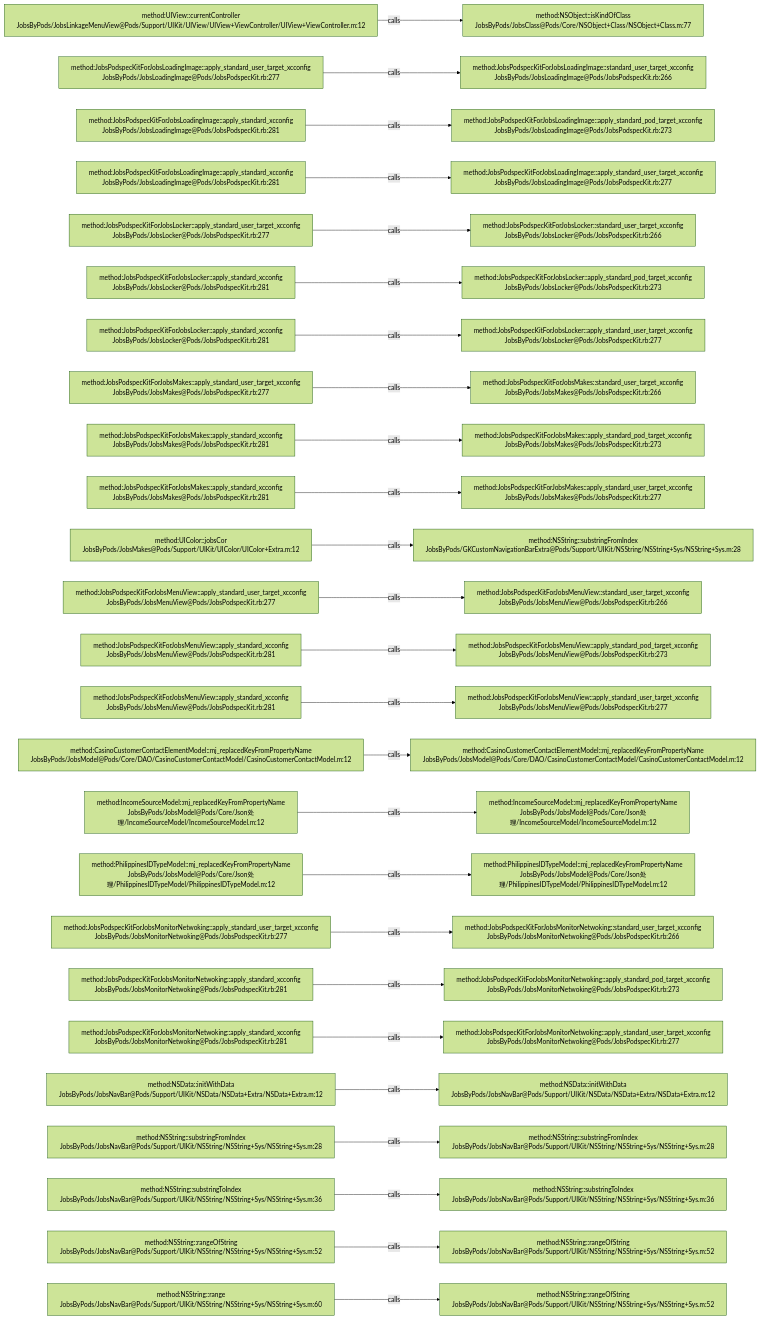
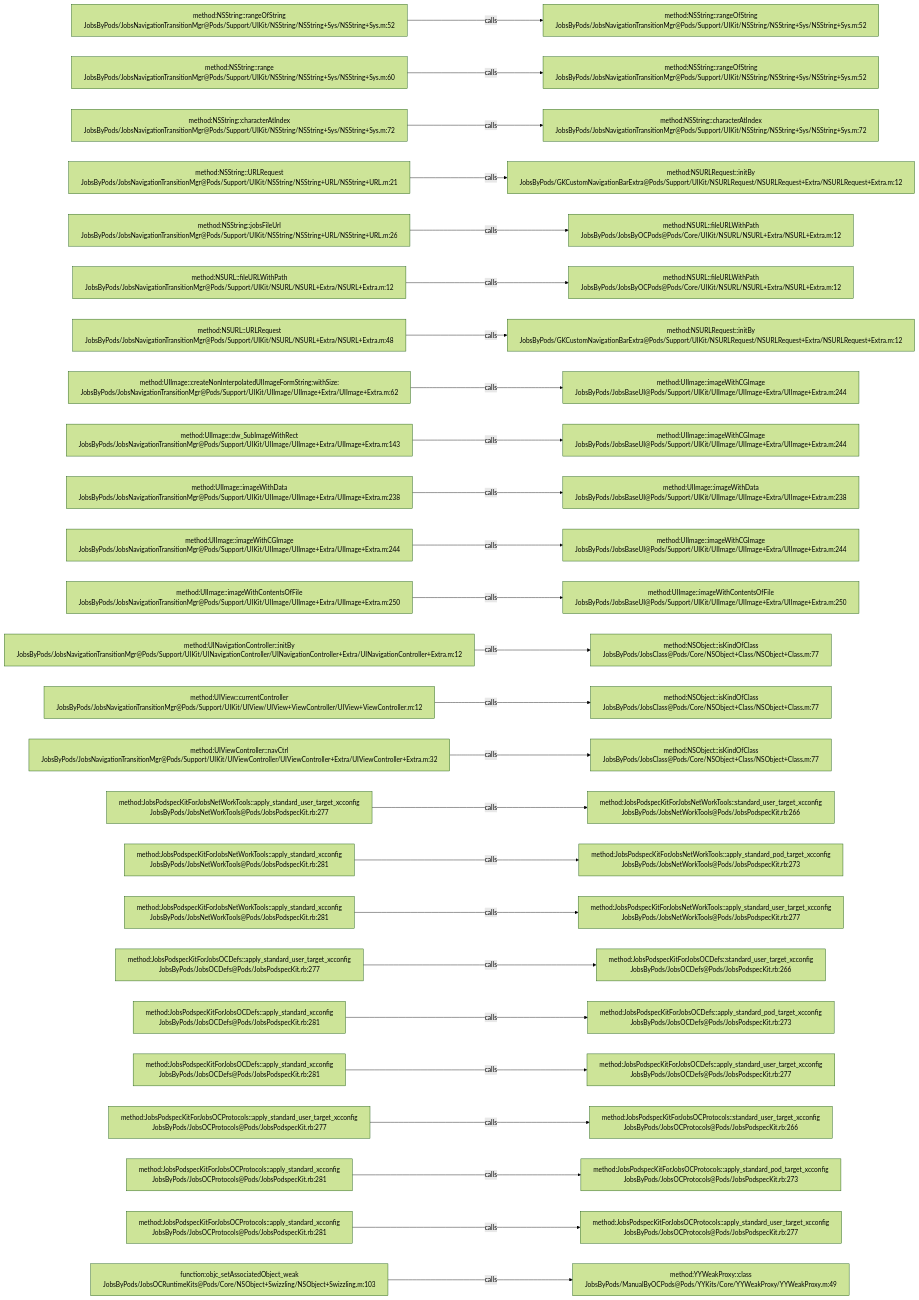
The diagram in .codegraph/codegraph.md/graphs/calls-011.md (JobsKits/JobsOCBaseConfigDemo), drawn with Mermaid (forest theme) before and after one commit. The commit also changed 1353 other files, not shown here.

````diff
--- a/.codegraph/codegraph.md/graphs/calls-011.md
+++ b/.codegraph/codegraph.md/graphs/calls-011.md
@@ -13,78 +13,78 @@
 ```mermaid
 flowchart LR
-  S1["method:UIView::currentController<br/>JobsByPods/JobsLinkageMenuView@Pods/Support/UIKit/UIView/UIView+ViewController/UIView+ViewController.m:12"]
-  T1["method:NSObject::isKindOfClass<br/>JobsByPods/JobsClass@Pods/Core/NSObject+Class/NSObject+Class.m:77"]
+  S1["method:NSString::rangeOfString<br/>JobsByPods/JobsNavigationTransitionMgr@Pods/Support/UIKit/NSString/NSString+Sys/NSString+Sys.m:52"]
+  T1["method:NSString::rangeOfString<br/>JobsByPods/JobsNavigationTransitionMgr@Pods/Support/UIKit/NSString/NSString+Sys/NSString+Sys.m:52"]
   S1 -->|calls| T1
-  S2["method:JobsPodspecKitForJobsLoadingImage::apply_standard_user_target_xcconfig<br/>JobsByPods/JobsLoadingImage@Pods/JobsPodspecKit.rb:277"]
-  T2["method:JobsPodspecKitForJobsLoadingImage::standard_user_target_xcconfig<br/>JobsByPods/JobsLoadingImage@Pods/JobsPodspecKit.rb:266"]
+  S2["method:NSString::range<br/>JobsByPods/JobsNavigationTransitionMgr@Pods/Support/UIKit/NSString/NSString+Sys/NSString+Sys.m:60"]
+  T2["method:NSString::rangeOfString<br/>JobsByPods/JobsNavigationTransitionMgr@Pods/Support/UIKit/NSString/NSString+Sys/NSString+Sys.m:52"]
   S2 -->|calls| T2
-  S3["method:JobsPodspecKitForJobsLoadingImage::apply_standard_xcconfig<br/>JobsByPods/JobsLoadingImage@Pods/JobsPodspecKit.rb:281"]
-  T3["method:JobsPodspecKitForJobsLoadingImage::apply_standard_pod_target_xcconfig<br/>JobsByPods/JobsLoadingImage@Pods/JobsPodspecKit.rb:273"]
+  S3["method:NSString::characterAtIndex<br/>JobsByPods/JobsNavigationTransitionMgr@Pods/Support/UIKit/NSString/NSString+Sys/NSString+Sys.m:72"]
+  T3["method:NSString::characterAtIndex<br/>JobsByPods/JobsNavigationTransitionMgr@Pods/Support/UIKit/NSString/NSString+Sys/NSString+Sys.m:72"]
   S3 -->|calls| T3
-  S4["method:JobsPodspecKitForJobsLoadingImage::apply_standard_xcconfig<br/>JobsByPods/JobsLoadingImage@Pods/JobsPodspecKit.rb:281"]
-  T4["method:JobsPodspecKitForJobsLoadingImage::apply_standard_user_target_xcconfig<br/>JobsByPods/JobsLoadingImage@Pods/JobsPodspecKit.rb:277"]
+  S4["method:NSString::URLRequest<br/>JobsByPods/JobsNavigationTransitionMgr@Pods/Support/UIKit/NSString/NSString+URL/NSString+URL.m:21"]
+  T4["method:NSURLRequest::initBy<br/>JobsByPods/GKCustomNavigationBarExtra@Pods/Support/UIKit/NSURLRequest/NSURLRequest+Extra/NSURLRequest+Extra.m:12"]
   S4 -->|calls| T4
-  S5["method:JobsPodspecKitForJobsLocker::apply_standard_user_target_xcconfig<br/>JobsByPods/JobsLocker@Pods/JobsPodspecKit.rb:277"]
-  T5["method:JobsPodspecKitForJobsLocker::standard_user_target_xcconfig<br/>JobsByPods/JobsLocker@Pods/JobsPodspecKit.rb:266"]
+  S5["method:NSString::jobsFileUrl<br/>JobsByPods/JobsNavigationTransitionMgr@Pods/Support/UIKit/NSString/NSString+URL/NSString+URL.m:26"]
+  T5["method:NSURL::fileURLWithPath<br/>JobsByPods/JobsByOCPods@Pods/Core/UIKit/NSURL/NSURL+Extra/NSURL+Extra.m:12"]
   S5 -->|calls| T5
-  S6["method:JobsPodspecKitForJobsLocker::apply_standard_xcconfig<br/>JobsByPods/JobsLocker@Pods/JobsPodspecKit.rb:281"]
-  T6["method:JobsPodspecKitForJobsLocker::apply_standard_pod_target_xcconfig<br/>JobsByPods/JobsLocker@Pods/JobsPodspecKit.rb:273"]
+  S6["method:NSURL::fileURLWithPath<br/>JobsByPods/JobsNavigationTransitionMgr@Pods/Support/UIKit/NSURL/NSURL+Extra/NSURL+Extra.m:12"]
+  T6["method:NSURL::fileURLWithPath<br/>JobsByPods/JobsByOCPods@Pods/Core/UIKit/NSURL/NSURL+Extra/NSURL+Extra.m:12"]
   S6 -->|calls| T6
-  S7["method:JobsPodspecKitForJobsLocker::apply_standard_xcconfig<br/>JobsByPods/JobsLocker@Pods/JobsPodspecKit.rb:281"]
-  T7["method:JobsPodspecKitForJobsLocker::apply_standard_user_target_xcconfig<br/>JobsByPods/JobsLocker@Pods/JobsPodspecKit.rb:277"]
+  S7["method:NSURL::URLRequest<br/>JobsByPods/JobsNavigationTransitionMgr@Pods/Support/UIKit/NSURL/NSURL+Extra/NSURL+Extra.m:48"]
+  T7["method:NSURLRequest::initBy<br/>JobsByPods/GKCustomNavigationBarExtra@Pods/Support/UIKit/NSURLRequest/NSURLRequest+Extra/NSURLRequest+Extra.m:12"]
   S7 -->|calls| T7
-  S8["method:JobsPodspecKitForJobsMakes::apply_standard_user_target_xcconfig<br/>JobsByPods/JobsMakes@Pods/JobsPodspecKit.rb:277"]
-  T8["method:JobsPodspecKitForJobsMakes::standard_user_target_xcconfig<br/>JobsByPods/JobsMakes@Pods/JobsPodspecKit.rb:266"]
+  S8["method:UIImage::createNonInterpolatedUIImageFormString:withSize:<br/>JobsByPods/JobsNavigationTransitionMgr@Pods/Support/UIKit/UIImage/UIImage+Extra/UIImage+Extra.m:62"]
+  T8["method:UIImage::imageWithCGImage<br/>JobsByPods/JobsBaseUI@Pods/Support/UIKit/UIImage/UIImage+Extra/UIImage+Extra.m:244"]
   S8 -->|calls| T8
-  S9["method:JobsPodspecKitForJobsMakes::apply_standard_xcconfig<br/>JobsByPods/JobsMakes@Pods/JobsPodspecKit.rb:281"]
-  T9["method:JobsPodspecKitForJobsMakes::apply_standard_pod_target_xcconfig<br/>JobsByPods/JobsMakes@Pods/JobsPodspecKit.rb:273"]
+  S9["method:UIImage::dw_SubImageWithRect<br/>JobsByPods/JobsNavigationTransitionMgr@Pods/Support/UIKit/UIImage/UIImage+Extra/UIImage+Extra.m:143"]
+  T9["method:UIImage::imageWithCGImage<br/>JobsByPods/JobsBaseUI@Pods/Support/UIKit/UIImage/UIImage+Extra/UIImage+Extra.m:244"]
   S9 -->|calls| T9
-  S10["method:JobsPodspecKitForJobsMakes::apply_standard_xcconfig<br/>JobsByPods/JobsMakes@Pods/JobsPodspecKit.rb:281"]
-  T10["method:JobsPodspecKitForJobsMakes::apply_standard_user_target_xcconfig<br/>JobsByPods/JobsMakes@Pods/JobsPodspecKit.rb:277"]
+  S10["method:UIImage::imageWithData<br/>JobsByPods/JobsNavigationTransitionMgr@Pods/Support/UIKit/UIImage/UIImage+Extra/UIImage+Extra.m:238"]
+  T10["method:UIImage::imageWithData<br/>JobsByPods/JobsBaseUI@Pods/Support/UIKit/UIImage/UIImage+Extra/UIImage+Extra.m:238"]
   S10 -->|calls| T10
-  S11["method:UIColor::jobsCor<br/>JobsByPods/JobsMakes@Pods/Support/UIKit/UIColor/UIColor+Extra.m:12"]
-  T11["method:NSString::substringFromIndex<br/>JobsByPods/GKCustomNavigationBarExtra@Pods/Support/UIKit/NSString/NSString+Sys/NSString+Sys.m:28"]
+  S11["method:UIImage::imageWithCGImage<br/>JobsByPods/JobsNavigationTransitionMgr@Pods/Support/UIKit/UIImage/UIImage+Extra/UIImage+Extra.m:244"]
+  T11["method:UIImage::imageWithCGImage<br/>JobsByPods/JobsBaseUI@Pods/Support/UIKit/UIImage/UIImage+Extra/UIImage+Extra.m:244"]
   S11 -->|calls| T11
-  S12["method:JobsPodspecKitForJobsMenuView::apply_standard_user_target_xcconfig<br/>JobsByPods/JobsMenuView@Pods/JobsPodspecKit.rb:277"]
-  T12["method:JobsPodspecKitForJobsMenuView::standard_user_target_xcconfig<br/>JobsByPods/JobsMenuView@Pods/JobsPodspecKit.rb:266"]
+  S12["method:UIImage::imageWithContentsOfFile<br/>JobsByPods/JobsNavigationTransitionMgr@Pods/Support/UIKit/UIImage/UIImage+Extra/UIImage+Extra.m:250"]
+  T12["method:UIImage::imageWithContentsOfFile<br/>JobsByPods/JobsBaseUI@Pods/Support/UIKit/UIImage/UIImage+Extra/UIImage+Extra.m:250"]
   S12 -->|calls| T12
-  S13["method:JobsPodspecKitForJobsMenuView::apply_standard_xcconfig<br/>JobsByPods/JobsMenuView@Pods/JobsPodspecKit.rb:281"]
-  T13["method:JobsPodspecKitForJobsMenuView::apply_standard_pod_target_xcconfig<br/>JobsByPods/JobsMenuView@Pods/JobsPodspecKit.rb:273"]
+  S13["method:UINavigationController::initBy<br/>JobsByPods/JobsNavigationTransitionMgr@Pods/Support/UIKit/UINavigationController/UINavigationController+Extra/UINavigationController+Extra.m:12"]
+  T13["method:NSObject::isKindOfClass<br/>JobsByPods/JobsClass@Pods/Core/NSObject+Class/NSObject+Class.m:77"]
   S13 -->|calls| T13
-  S14["method:JobsPodspecKitForJobsMenuView::apply_standard_xcconfig<br/>JobsByPods/JobsMenuView@Pods/JobsPodspecKit.rb:281"]
-  T14["method:JobsPodspecKitForJobsMenuView::apply_standard_user_target_xcconfig<br/>JobsByPods/JobsMenuView@Pods/JobsPodspecKit.rb:277"]
+  S14["method:UIView::currentController<br/>JobsByPods/JobsNavigationTransitionMgr@Pods/Support/UIKit/UIView/UIView+ViewController/UIView+ViewController.m:12"]
+  T14["method:NSObject::isKindOfClass<br/>JobsByPods/JobsClass@Pods/Core/NSObject+Class/NSObject+Class.m:77"]
   S14 -->|calls| T14
-  S15["method:CasinoCustomerContactElementModel::mj_replacedKeyFromPropertyName<br/>JobsByPods/JobsModel@Pods/Core/DAO/CasinoCustomerContactModel/CasinoCustomerContactModel.m:12"]
-  T15["method:CasinoCustomerContactElementModel::mj_replacedKeyFromPropertyName<br/>JobsByPods/JobsModel@Pods/Core/DAO/CasinoCustomerContactModel/CasinoCustomerContactModel.m:12"]
+  S15["method:UIViewController::navCtrl<br/>JobsByPods/JobsNavigationTransitionMgr@Pods/Support/UIKit/UIViewController/UIViewController+Extra/UIViewController+Extra.m:32"]
+  T15["method:NSObject::isKindOfClass<br/>JobsByPods/JobsClass@Pods/Core/NSObject+Class/NSObject+Class.m:77"]
   S15 -->|calls| T15
-  S16["method:IncomeSourceModel::mj_replacedKeyFromPropertyName<br/>JobsByPods/JobsModel@Pods/Core/Json处理/IncomeSourceModel/IncomeSourceModel.m:12"]
-  T16["method:IncomeSourceModel::mj_replacedKeyFromPropertyName<br/>JobsByPods/JobsModel@Pods/Core/Json处理/IncomeSourceModel/IncomeSourceModel.m:12"]
+  S16["method:JobsPodspecKitForJobsNetWorkTools::apply_standard_user_target_xcconfig<br/>JobsByPods/JobsNetWorkTools@Pods/JobsPodspecKit.rb:277"]
+  T16["method:JobsPodspecKitForJobsNetWorkTools::standard_user_target_xcconfig<br/>JobsByPods/JobsNetWorkTools@Pods/JobsPodspecKit.rb:266"]
   S16 -->|calls| T16
-  S17["method:PhilippinesIDTypeModel::mj_replacedKeyFromPropertyName<br/>JobsByPods/JobsModel@Pods/Core/Json处理/PhilippinesIDTypeModel/PhilippinesIDTypeModel.m:12"]
-  T17["method:PhilippinesIDTypeModel::mj_replacedKeyFromPropertyName<br/>JobsByPods/JobsModel@Pods/Core/Json处理/PhilippinesIDTypeModel/PhilippinesIDTypeModel.m:12"]
+  S17["method:JobsPodspecKitForJobsNetWorkTools::apply_standard_xcconfig<br/>JobsByPods/JobsNetWorkTools@Pods/JobsPodspecKit.rb:281"]
+  T17["method:JobsPodspecKitForJobsNetWorkTools::apply_standard_pod_target_xcconfig<br/>JobsByPods/JobsNetWorkTools@Pods/JobsPodspecKit.rb:273"]
   S17 -->|calls| T17
-  S18["method:JobsPodspecKitForJobsMonitorNetwoking::apply_standard_user_target_xcconfig<br/>JobsByPods/JobsMonitorNetwoking@Pods/JobsPodspecKit.rb:277"]
-  T18["method:JobsPodspecKitForJobsMonitorNetwoking::standard_user_target_xcconfig<br/>JobsByPods/JobsMonitorNetwoking@Pods/JobsPodspecKit.rb:266"]
+  S18["method:JobsPodspecKitForJobsNetWorkTools::apply_standard_xcconfig<br/>JobsByPods/JobsNetWorkTools@Pods/JobsPodspecKit.rb:281"]
+  T18["method:JobsPodspecKitForJobsNetWorkTools::apply_standard_user_target_xcconfig<br/>JobsByPods/JobsNetWorkTools@Pods/JobsPodspecKit.rb:277"]
   S18 -->|calls| T18
-  S19["method:JobsPodspecKitForJobsMonitorNetwoking::apply_standard_xcconfig<br/>JobsByPods/JobsMonitorNetwoking@Pods/JobsPodspecKit.rb:281"]
-  T19["method:JobsPodspecKitForJobsMonitorNetwoking::apply_standard_pod_target_xcconfig<br/>JobsByPods/JobsMonitorNetwoking@Pods/JobsPodspecKit.rb:273"]
+  S19["method:JobsPodspecKitForJobsOCDefs::apply_standard_user_target_xcconfig<br/>JobsByPods/JobsOCDefs@Pods/JobsPodspecKit.rb:277"]
+  T19["method:JobsPodspecKitForJobsOCDefs::standard_user_target_xcconfig<br/>JobsByPods/JobsOCDefs@Pods/JobsPodspecKit.rb:266"]
   S19 -->|calls| T19
-  S20["method:JobsPodspecKitForJobsMonitorNetwoking::apply_standard_xcconfig<br/>JobsByPods/JobsMonitorNetwoking@Pods/JobsPodspecKit.rb:281"]
-  T20["method:JobsPodspecKitForJobsMonitorNetwoking::apply_standard_user_target_xcconfig<br/>JobsByPods/JobsMonitorNetwoking@Pods/JobsPodspecKit.rb:277"]
+  S20["method:JobsPodspecKitForJobsOCDefs::apply_standard_xcconfig<br/>JobsByPods/JobsOCDefs@Pods/JobsPodspecKit.rb:281"]
+  T20["method:JobsPodspecKitForJobsOCDefs::apply_standard_pod_target_xcconfig<br/>JobsByPods/JobsOCDefs@Pods/JobsPodspecKit.rb:273"]
   S20 -->|calls| T20
-  S21["method:NSData::initWithData<br/>JobsByPods/JobsNavBar@Pods/Support/UIKit/NSData/NSData+Extra/NSData+Extra.m:12"]
-  T21["method:NSData::initWithData<br/>JobsByPods/JobsNavBar@Pods/Support/UIKit/NSData/NSData+Extra/NSData+Extra.m:12"]
+  S21["method:JobsPodspecKitForJobsOCDefs::apply_standard_xcconfig<br/>JobsByPods/JobsOCDefs@Pods/JobsPodspecKit.rb:281"]
+  T21["method:JobsPodspecKitForJobsOCDefs::apply_standard_user_target_xcconfig<br/>JobsByPods/JobsOCDefs@Pods/JobsPodspecKit.rb:277"]
   S21 -->|calls| T21
-  S22["method:NSString::substringFromIndex<br/>JobsByPods/JobsNavBar@Pods/Support/UIKit/NSString/NSString+Sys/NSString+Sys.m:28"]
-  T22["method:NSString::substringFromIndex<br/>JobsByPods/JobsNavBar@Pods/Support/UIKit/NSString/NSString+Sys/NSString+Sys.m:28"]
+  S22["method:JobsPodspecKitForJobsOCProtocols::apply_standard_user_target_xcconfig<br/>JobsByPods/JobsOCProtocols@Pods/JobsPodspecKit.rb:277"]
+  T22["method:JobsPodspecKitForJobsOCProtocols::standard_user_target_xcconfig<br/>JobsByPods/JobsOCProtocols@Pods/JobsPodspecKit.rb:266"]
   S22 -->|calls| T22
-  S23["method:NSString::substringToIndex<br/>JobsByPods/JobsNavBar@Pods/Support/UIKit/NSString/NSString+Sys/NSString+Sys.m:36"]
-  T23["method:NSString::substringToIndex<br/>JobsByPods/JobsNavBar@Pods/Support/UIKit/NSString/NSString+Sys/NSString+Sys.m:36"]
+  S23["method:JobsPodspecKitForJobsOCProtocols::apply_standard_xcconfig<br/>JobsByPods/JobsOCProtocols@Pods/JobsPodspecKit.rb:281"]
+  T23["method:JobsPodspecKitForJobsOCProtocols::apply_standard_pod_target_xcconfig<br/>JobsByPods/JobsOCProtocols@Pods/JobsPodspecKit.rb:273"]
   S23 -->|calls| T23
-  S24["method:NSString::rangeOfString<br/>JobsByPods/JobsNavBar@Pods/Support/UIKit/NSString/NSString+Sys/NSString+Sys.m:52"]
-  T24["method:NSString::rangeOfString<br/>JobsByPods/JobsNavBar@Pods/Support/UIKit/NSString/NSString+Sys/NSString+Sys.m:52"]
+  S24["method:JobsPodspecKitForJobsOCProtocols::apply_standard_xcconfig<br/>JobsByPods/JobsOCProtocols@Pods/JobsPodspecKit.rb:281"]
+  T24["method:JobsPodspecKitForJobsOCProtocols::apply_standard_user_target_xcconfig<br/>JobsByPods/JobsOCProtocols@Pods/JobsPodspecKit.rb:277"]
   S24 -->|calls| T24
-  S25["method:NSString::range<br/>JobsByPods/JobsNavBar@Pods/Support/UIKit/NSString/NSString+Sys/NSString+Sys.m:60"]
-  T25["method:NSString::rangeOfString<br/>JobsByPods/JobsNavBar@Pods/Support/UIKit/NSString/NSString+Sys/NSString+Sys.m:52"]
+  S25["function:objc_setAssociatedObject_weak<br/>JobsByPods/JobsOCRuntimeKits@Pods/Core/NSObject+Swizzling/NSObject+Swizzling.m:103"]
+  T25["method:YYWeakProxy::class<br/>JobsByPods/ManualByOCPods@Pods/YYKits/Core/YYWeakProxy/YYWeakProxy.m:49"]
   S25 -->|calls| T25
 ```
````
